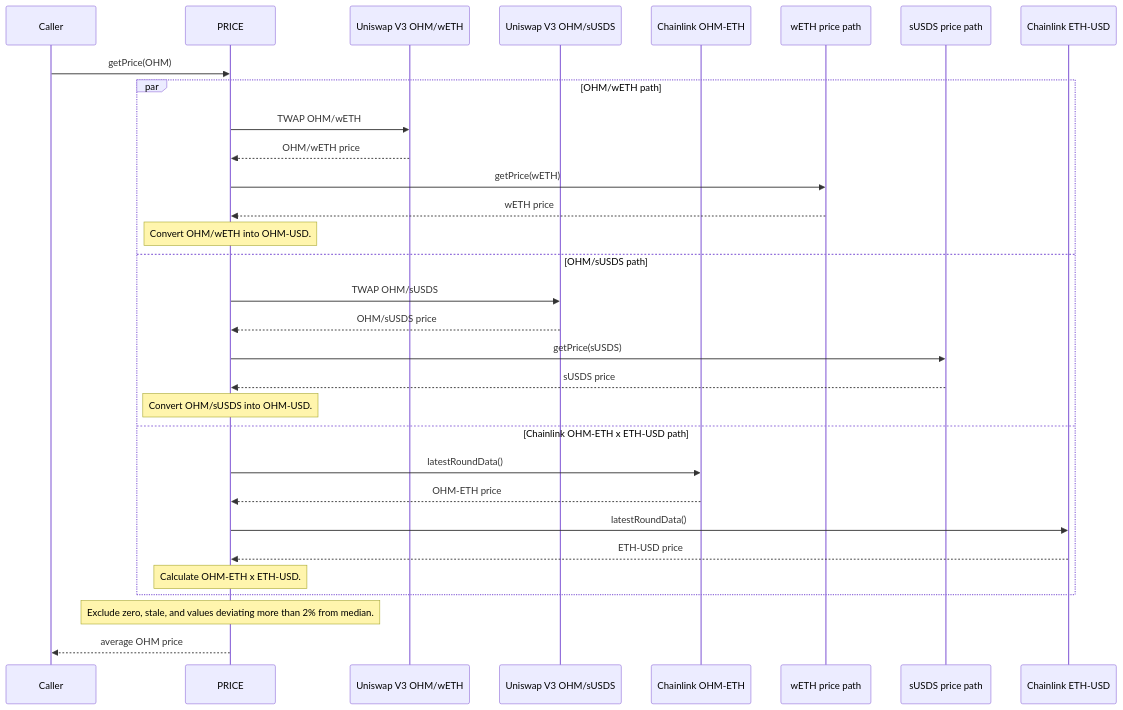
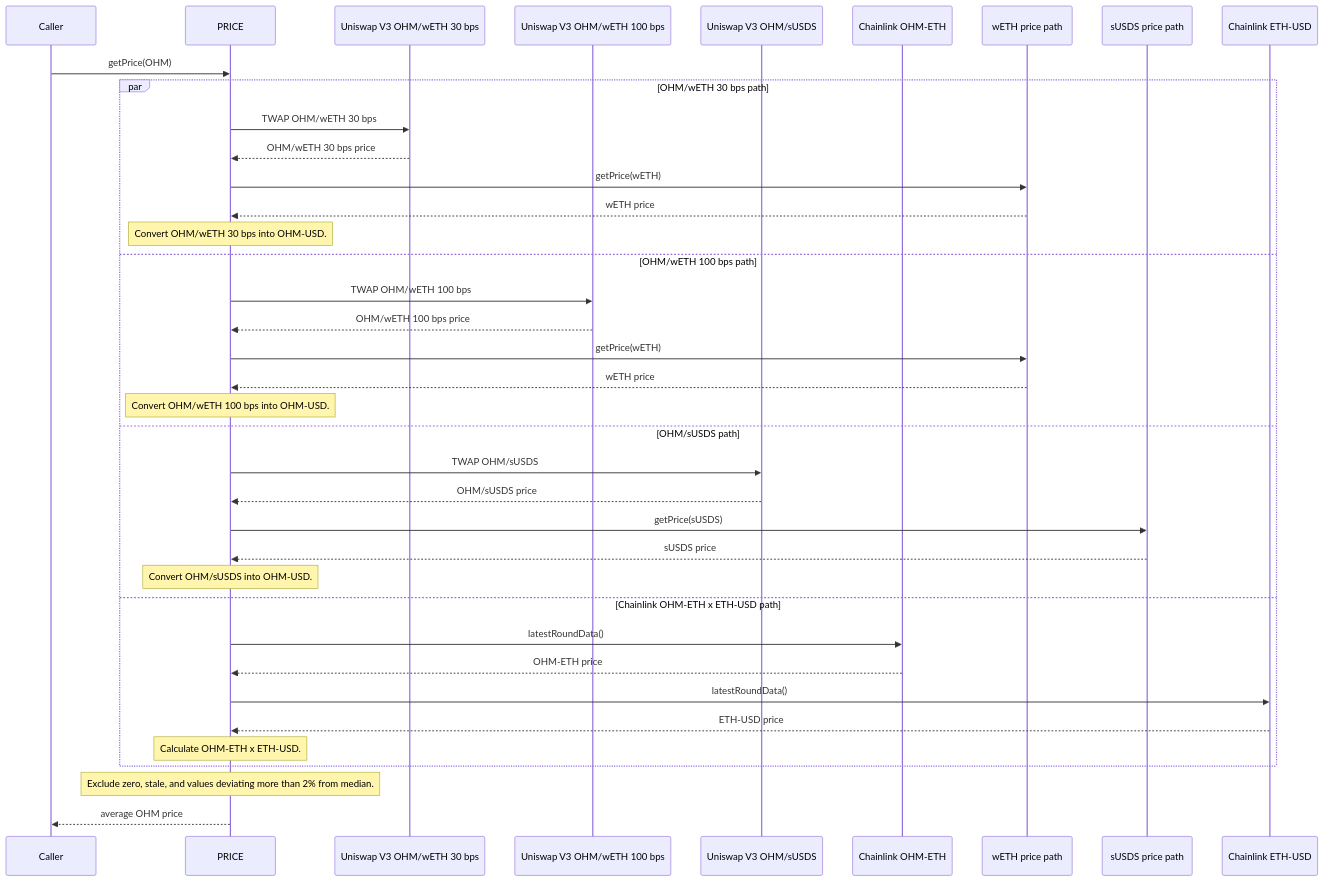
The third of 3 diagrams in docs/overview/09_asset-configuration.md (OlympusDAO/olympus-docs), drawn with Mermaid before and after one commit. The commit also changed other lines of this file and 324 other files, not shown here.

````diff
--- a/docs/overview/09_asset-configuration.md
+++ b/docs/overview/09_asset-configuration.md
@@ -123,34 +124,41 @@
 ```mermaid
 sequenceDiagram
     participant Caller
     participant PRICE
-    participant OHM_WETH as Uniswap V3 OHM/wETH
+    participant OHM_WETH_30 as Uniswap V3 OHM/wETH 30 bps
+    participant OHM_WETH_100 as Uniswap V3 OHM/wETH 100 bps
     participant OHM_SUSDS as Uniswap V3 OHM/sUSDS
     participant CL_OHMETH as Chainlink OHM-ETH
     participant WETH as wETH price path
     participant SUSDS as sUSDS price path
     participant CL_ETH as Chainlink ETH-USD
 
     Caller->>PRICE: getPrice(OHM)
-    par OHM/wETH path
-        PRICE->>OHM_WETH: TWAP OHM/wETH
-        OHM_WETH-->>PRICE: OHM/wETH price
+    par OHM/wETH 30 bps path
+        PRICE->>OHM_WETH_30: TWAP OHM/wETH 30 bps
+        OHM_WETH_30-->>PRICE: OHM/wETH 30 bps price
         PRICE->>WETH: getPrice(wETH)
         WETH-->>PRICE: wETH price
-        Note over PRICE: Convert OHM/wETH into OHM-USD.
+        Note over PRICE: Convert OHM/wETH 30 bps into OHM-USD.
+    and OHM/wETH 100 bps path
+        PRICE->>OHM_WETH_100: TWAP OHM/wETH 100 bps
+        OHM_WETH_100-->>PRICE: OHM/wETH 100 bps price
+        PRICE->>WETH: getPrice(wETH)
+        WETH-->>PRICE: wETH price
+        Note over PRICE: Convert OHM/wETH 100 bps into OHM-USD.
     and OHM/sUSDS path
         PRICE->>OHM_SUSDS: TWAP OHM/sUSDS
         OHM_SUSDS-->>PRICE: OHM/sUSDS price
         PRICE->>SUSDS: getPrice(sUSDS)
         SUSDS-->>PRICE: sUSDS price
         Note over PRICE: Convert OHM/sUSDS into OHM-USD.
     and Chainlink OHM-ETH x ETH-USD path
         PRICE->>CL_OHMETH: latestRoundData()
         CL_OHMETH-->>PRICE: OHM-ETH price
         PRICE->>CL_ETH: latestRoundData()
         CL_ETH-->>PRICE: ETH-USD price
         Note over PRICE: Calculate OHM-ETH x ETH-USD.
     end
     Note over PRICE: Exclude zero, stale, and values deviating more than 2% from median.
     PRICE-->>Caller: average OHM price
 ```
````
